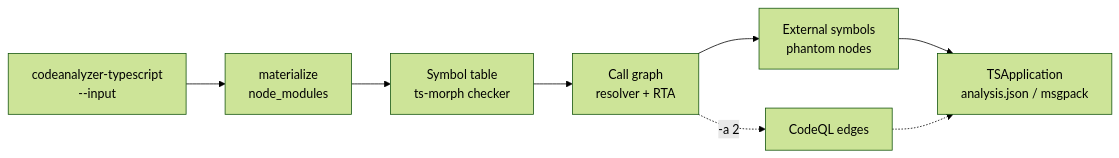
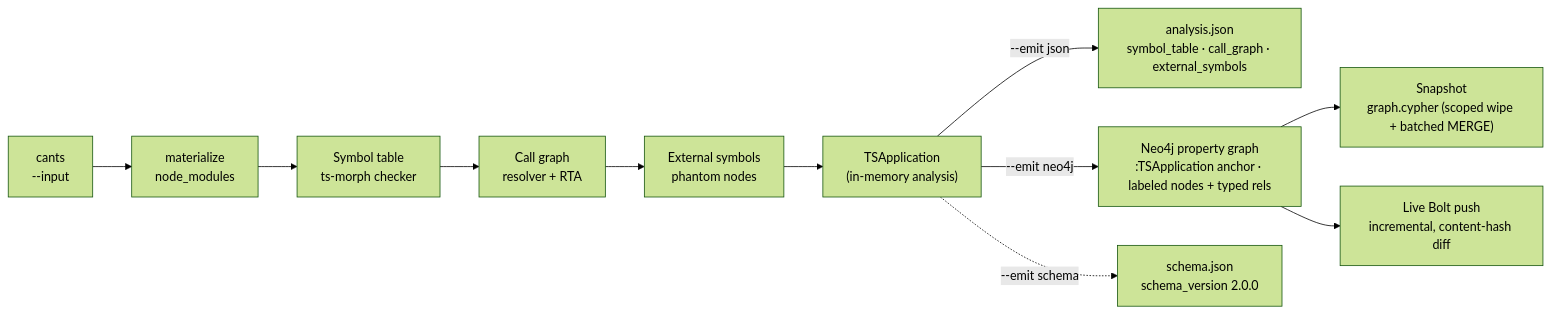
Before and after one commit to codellm-devkit/codeanalyzer-typescript: the diagram in src/content/docs/what-is-codeanalyzer.mdx, drawn with Mermaid (forest theme). The commit also changed other lines of this file and 13 other files, not shown here.

First line of the commit message:
docs: document Neo4j property-graph output (scale, Kubernetes, enterprise)

````diff
--- a/src/content/docs/what-is-codeanalyzer.mdx
+++ b/src/content/docs/what-is-codeanalyzer.mdx
@@ -26,13 +29,17 @@
 ```mermaid
 flowchart LR
-    A["codeanalyzer-typescript
+    A["cants
 --input"] --> B["materialize
 node_modules"]
-    B --> C[Symbol table<br/>ts-morph checker]
-    C --> D[Call graph<br/>resolver + RTA]
-    D --> E[External symbols<br/>phantom nodes]
-    D -.->|-a 2| F[CodeQL edges]
+    B --> C["Symbol table<br/>ts-morph checker"]
+    C --> D["Call graph<br/>resolver + RTA"]
+    D --> E["External symbols<br/>phantom nodes"]
     E --> G["TSApplication
-analysis.json / msgpack"]
-    F -.-> G
+(in-memory analysis)"]
+    G -->|"--emit json"| J["analysis.json
+symbol_table · call_graph · external_symbols"]
+    G -->|"--emit neo4j"| N["Neo4j property graph<br/>:TSApplication anchor · labeled nodes + typed rels"]
+    N --> S["Snapshot<br/>graph.cypher (scoped wipe + batched MERGE)"]
+    N --> L["Live Bolt push<br/>incremental, content-hash diff"]
+    G -.->|"--emit schema"| H["schema.json<br/>schema_version 2.0.0"]
 ```
````
